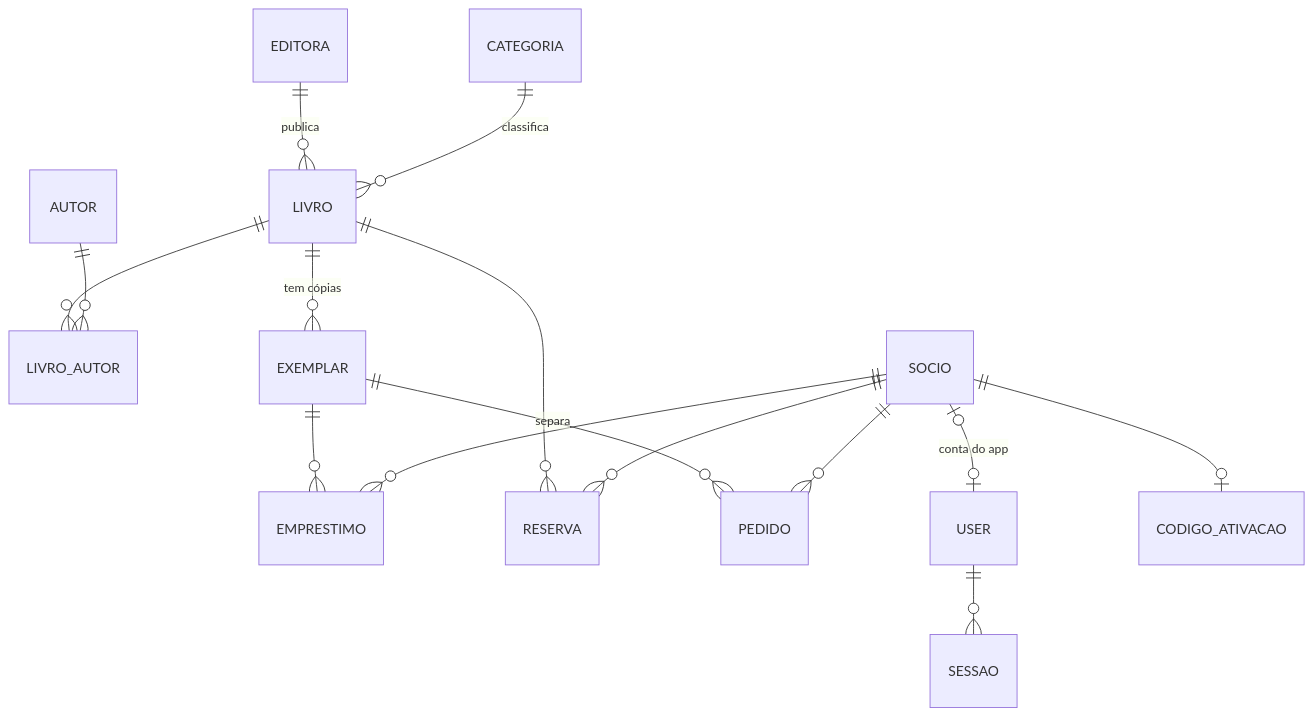
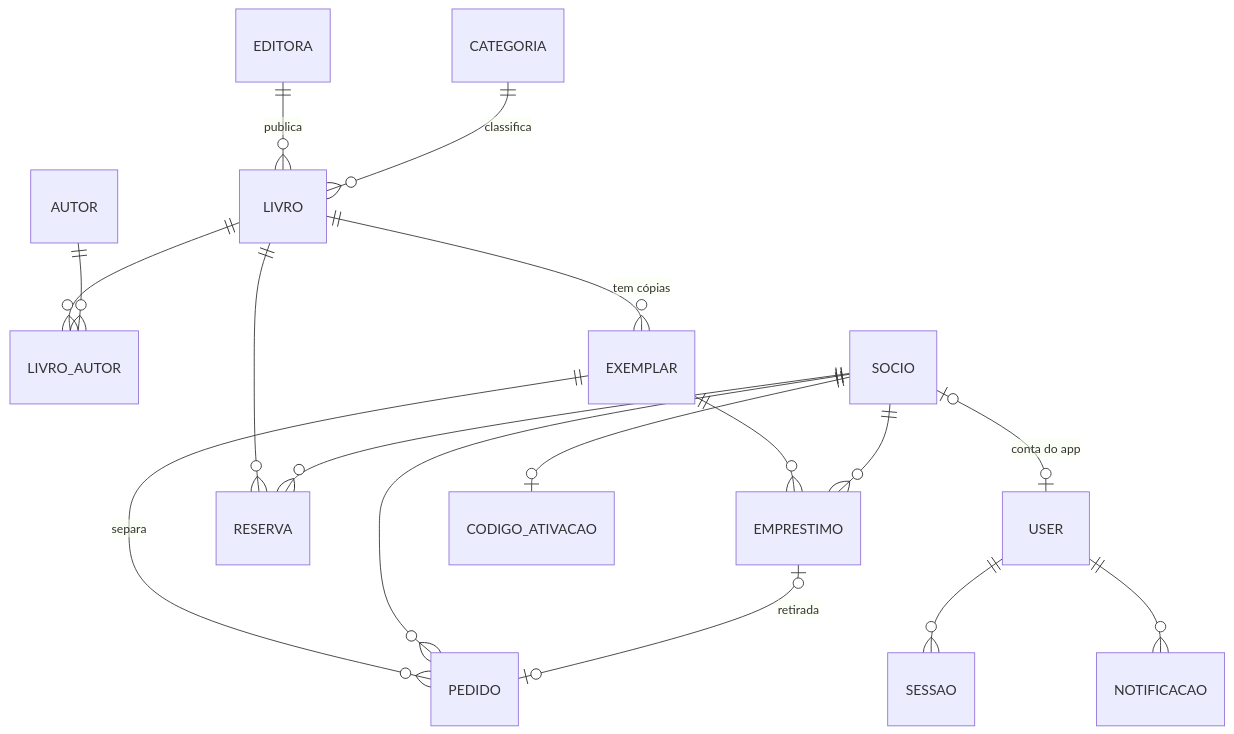
Before and after one commit to leonardosf98/yesod-biblioteca: the diagram in README.md, drawn with Mermaid. The commit also changed other lines of this file, not shown here.

Commit message:
docs: MER com notificacao e pedido-emprestimo, cascatas e a rotina

````diff
--- a/README.md
+++ b/README.md
@@ -114,17 +114,19 @@
 ```mermaid
 erDiagram
     EDITORA ||--o{ LIVRO : publica
     CATEGORIA ||--o{ LIVRO : classifica
     LIVRO ||--o{ LIVRO_AUTOR : ""
     AUTOR ||--o{ LIVRO_AUTOR : ""
     LIVRO ||--o{ EXEMPLAR : "tem cópias"
     EXEMPLAR ||--o{ EMPRESTIMO : ""
     SOCIO ||--o{ EMPRESTIMO : ""
     LIVRO ||--o{ RESERVA : ""
     SOCIO ||--o{ RESERVA : ""
     EXEMPLAR ||--o{ PEDIDO : "separa"
     SOCIO ||--o{ PEDIDO : ""
+    EMPRESTIMO |o--o| PEDIDO : "retirada"
     SOCIO |o--o| USER : "conta do app"
     USER ||--o{ SESSAO : ""
+    USER ||--o{ NOTIFICACAO : ""
     SOCIO ||--o| CODIGO_ATIVACAO : ""
 ```
````
